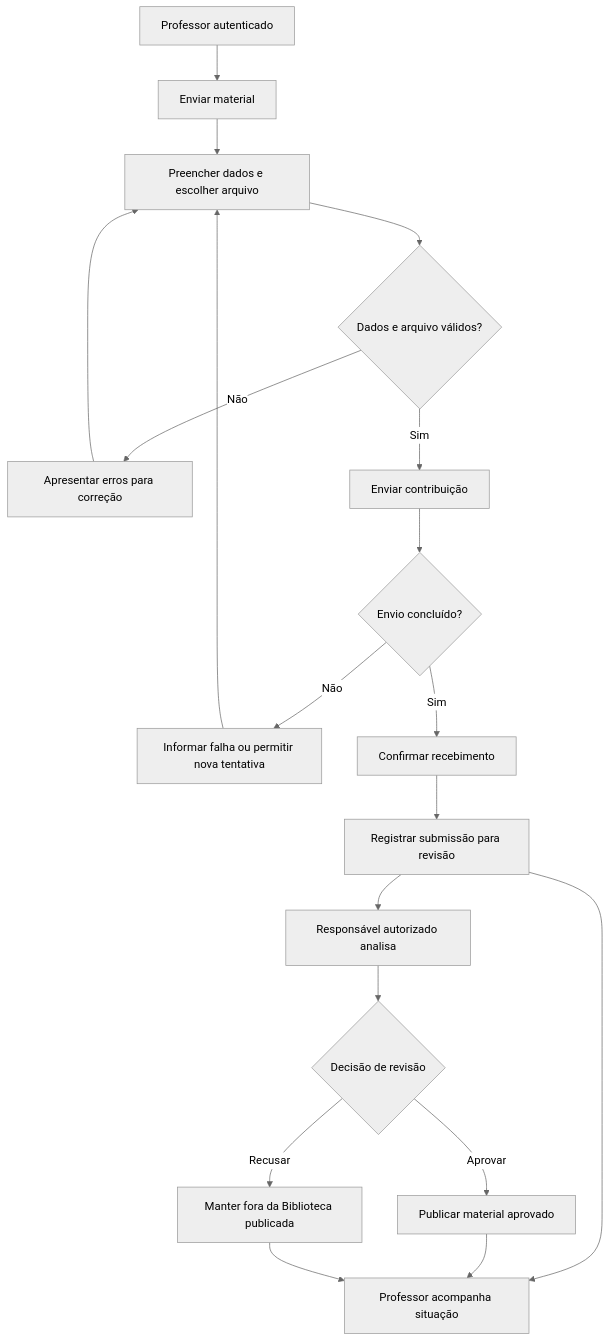
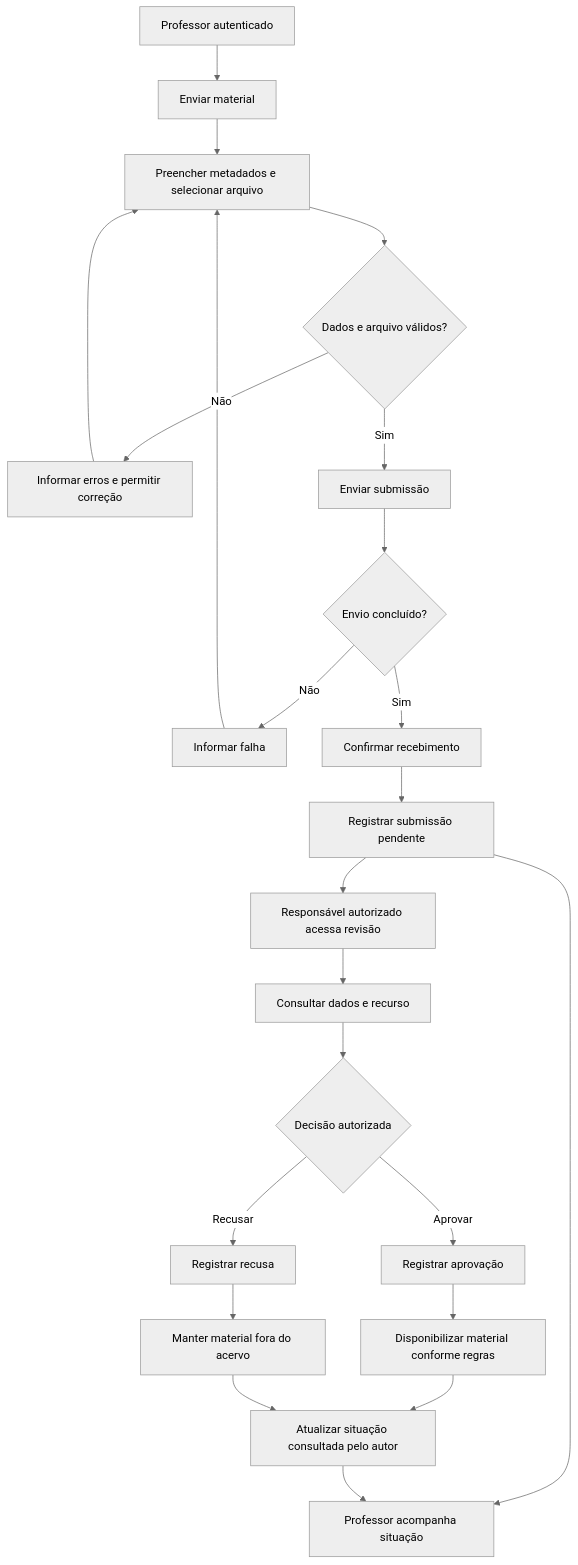
One commit to pedroalbuqu3rque/educomp changed the sixth of 6 diagrams in docs/ux-ui/user-flow.md. Above: the diagram before and after it, drawn with Mermaid (neutral theme). The commit also changed other lines of this file, not shown here.

Commit message:
docs(ux-ui): alinha user flow aos fluxos do MVP

````diff
--- a/docs/ux-ui/user-flow.md
+++ b/docs/ux-ui/user-flow.md
@@ -191,21 +417,34 @@
 ```mermaid
 flowchart TD
     A[Professor autenticado] --> B[Enviar material]
-    B --> C[Preencher dados e escolher arquivo]
+    B --> C[Preencher metadados e selecionar arquivo]
     C --> D{Dados e arquivo válidos?}
-    D -->|Não| E[Apresentar erros para correção]
+
+    D -->|Não| E[Informar erros e permitir correção]
     E --> C
-    D -->|Sim| F[Enviar contribuição]
+
+    D -->|Sim| F[Enviar submissão]
     F --> G{Envio concluído?}
-    G -->|Não| H[Informar falha ou permitir nova tentativa]
+
+    G -->|Não| H[Informar falha]
     H --> C
+
     G -->|Sim| I[Confirmar recebimento]
-    I --> J[Registrar submissão para revisão]
+    I --> J[Registrar submissão pendente]
+
     J --> K[Professor acompanha situação]
-    J --> L[Responsável autorizado analisa]
-    L --> M{Decisão de revisão}
-    M -->|Aprovar| N[Publicar material aprovado]
-    M -->|Recusar| O[Manter fora da Biblioteca publicada]
-    N --> K
-    O --> K
+    J --> L[Responsável autorizado acessa revisão]
+
+    L --> M[Consultar dados e recurso]
+    M --> N{Decisão autorizada}
+
+    N -->|Aprovar| O[Registrar aprovação]
+    N -->|Recusar| P[Registrar recusa]
+
+    O --> Q[Disponibilizar material conforme regras]
+    P --> R[Manter material fora do acervo]
+
+    Q --> S[Atualizar situação consultada pelo autor]
+    R --> S
+    S --> K
 ```
````
